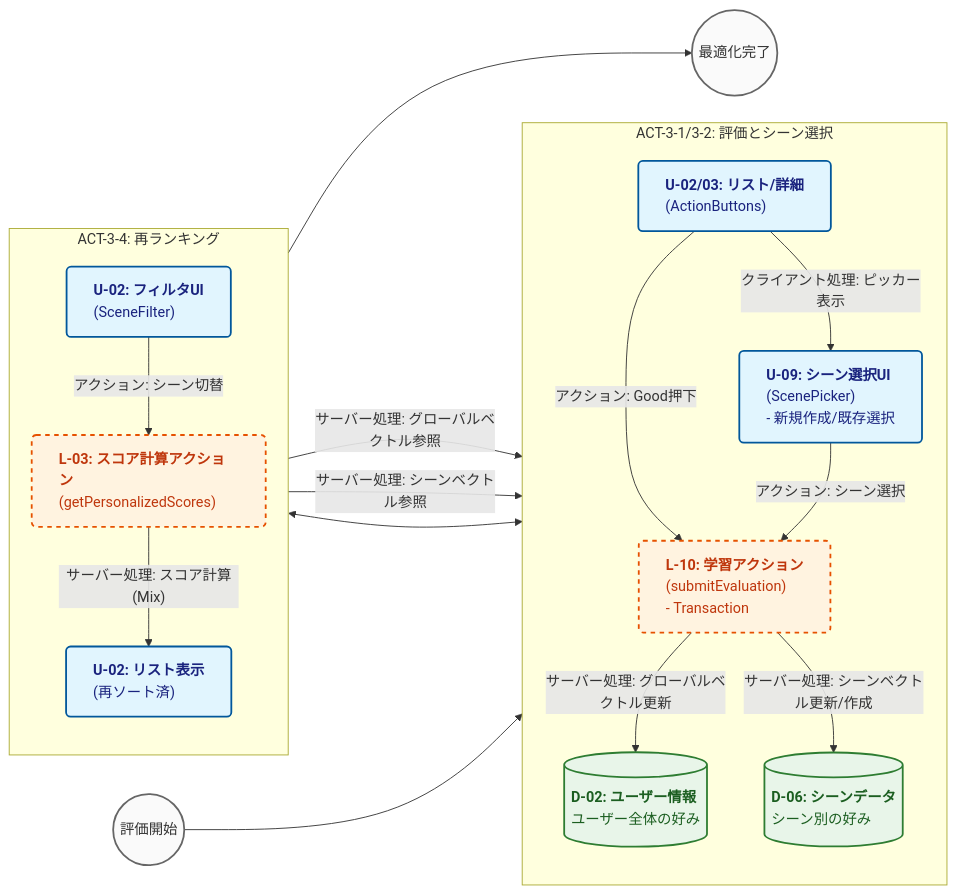
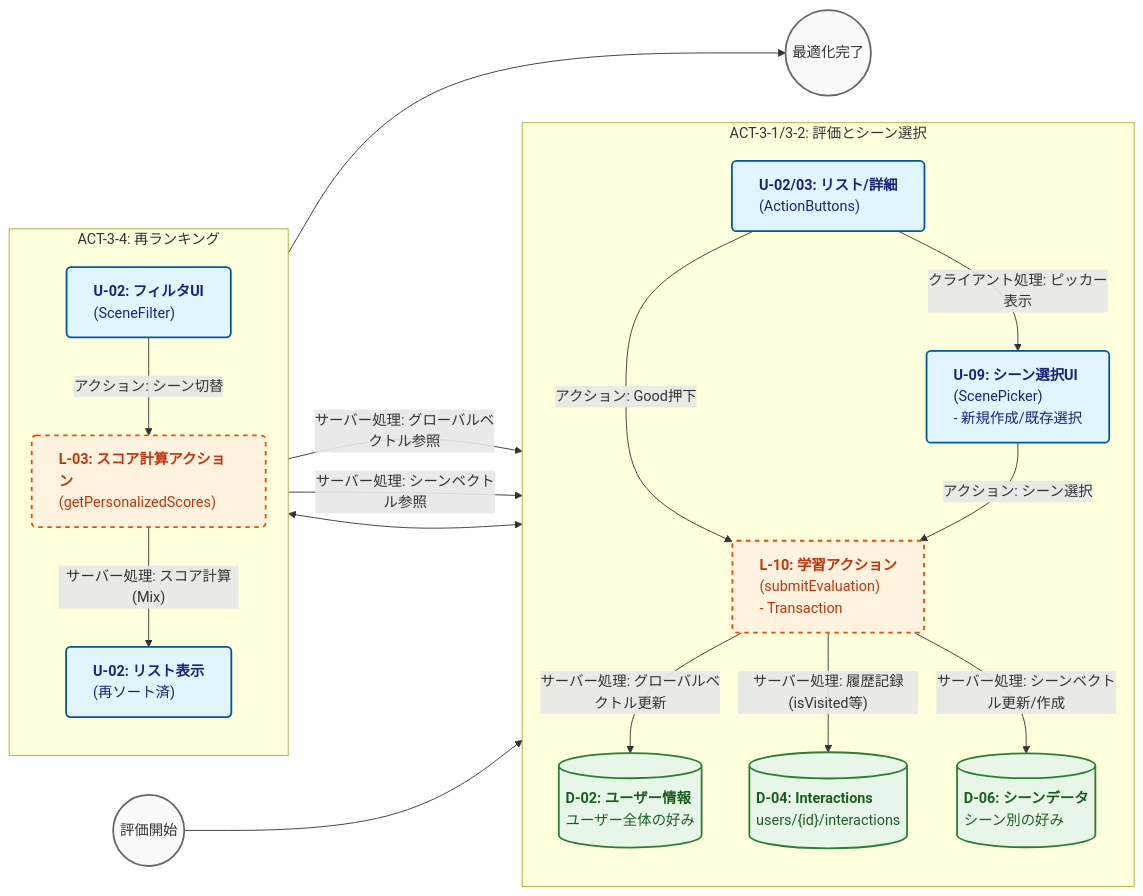
The third of 7 diagrams in docs/仕様書v2.md (plplbody/googlemap-reviews-AIanalyzer), drawn with Mermaid before and after one commit. The commit also changed 2 other files, not shown here.

Commit message:
シナリオ3完了

````diff
--- a/docs/仕様書v2.md
+++ b/docs/仕様書v2.md
@@ -410,47 +410,49 @@
 ```mermaid
 %%{init: {'flowchart': {'useMaxWidth': false, 'rankSpacing': 60, 'nodeSpacing': 30}}}%%
 flowchart LR
     %% Definitions
     classDef ui fill:#e1f5fe,stroke:#01579b,stroke-width:2px,rx:5,ry:5,color:#1a237e,text-align:left
     classDef logic fill:#fff3e0,stroke:#e65100,stroke-width:2px,stroke-dasharray: 5 5,rx:5,ry:5,color:#bf360c,text-align:left
     classDef db fill:#e8f5e9,stroke:#2e7d32,stroke-width:2px,rx:0,ry:0,color:#1b5e20,text-align:left
     classDef startend fill:#fafafa,stroke:#666,stroke-width:2px,rx:20,ry:20,color:#333
 
     %% Start/End
     S3_Start((評価開始)):::startend
     S3_End((最適化完了)):::startend
 
     subgraph ACT_3_1 ["ACT-3-1/3-2: 評価とシーン選択"]
         direction TB
         U_02["<b>U-02/03: リスト/詳細</b><br/>(ActionButtons)"]:::ui
         U_09["<b>U-09: シーン選択UI</b><br/>(ScenePicker)<br/>- 新規作成/既存選択"]:::ui
         L_10["<b>L-10: 学習アクション</b><br/>(submitEvaluation)<br/>- Transaction"]:::logic
         D_02[("<b>D-02: ユーザー情報</b><br/>ユーザー全体の好み")]:::db
         D_06[("<b>D-06: シーンデータ</b><br/>シーン別の好み")]:::db
+        D_04_S3[("<b>D-04: Interactions</b><br/>users/{id}/interactions")]:::db
     end
 
     subgraph ACT_3_4 ["ACT-3-4: 再ランキング"]
         direction TB
         U_Filter["<b>U-02: フィルタUI</b><br/>(SceneFilter)"]:::ui
         L_03["<b>L-03: スコア計算アクション</b><br/>(getPersonalizedScores)"]:::logic
         U_List["<b>U-02: リスト表示</b><br/>(再ソート済)"]:::ui
     end
 
     %% Flows - Phase 1: Eval
     S3_Start --> U_02
     U_02 -- "アクション: Good押下" --> L_10
     L_10 -- "サーバー処理: グローバルベクトル更新" --> D_02
+    L_10 -- "サーバー処理: 履歴記録(isVisited等)" --> D_04_S3
     
     %% Flows - Phase 2: Scene Context
     U_02 -- "クライアント処理: ピッカー表示" --> U_09
     U_09 -- "アクション: シーン選択" --> L_10
     L_10 -- "サーバー処理: シーンベクトル更新/作成" --> D_06
 
     %% Flows - Phase 3: Re-ranking
     U_Filter <--> D_06
     U_Filter -- "アクション: シーン切替" --> L_03
     L_03 -- "サーバー処理: シーンベクトル参照" --> D_06
     L_03 -- "サーバー処理: グローバルベクトル参照" --> D_02
     L_03 -- "サーバー処理: スコア計算(Mix)" --> U_List
     U_List --> S3_End
 ```
````
